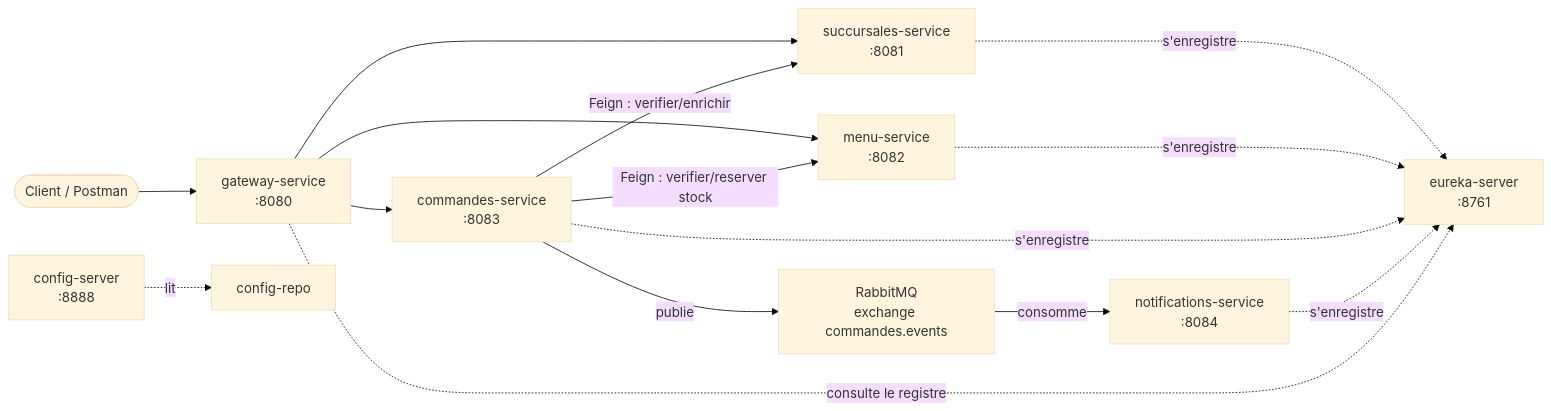
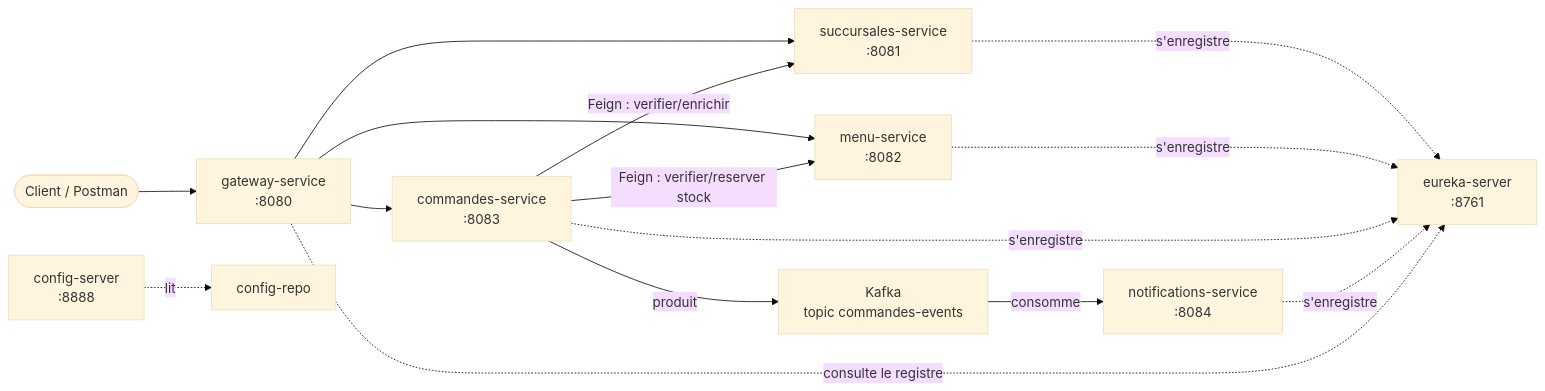
The third of 4 diagrams in README.md (Wvssim/restaurant-chain-platform), drawn with Mermaid (base theme) before and after one commit. The commit also changed other lines of this file and 10 other files, not shown here.

First line of the commit message:
Migration du canal evenementiel RabbitMQ -> Kafka

````diff
--- a/README.md
+++ b/README.md
@@ -139,17 +139,17 @@
 ```mermaid
 flowchart LR
     Client(["Client / Postman"]) --> GW["gateway-service<br/>:8080"]
     GW --> A["succursales-service<br/>:8081"]
     GW --> B["menu-service<br/>:8082"]
     GW --> C["commandes-service<br/>:8083"]
     C -- "Feign : verifier/enrichir" --> A
     C -- "Feign : verifier/reserver stock" --> B
-    C -- publie --> MQ["RabbitMQ<br/>exchange commandes.events"]
+    C -- produit --> MQ["Kafka<br/>topic commandes-events"]
     MQ -- consomme --> N["notifications-service<br/>:8084"]
     A -. s'enregistre .-> EU["eureka-server<br/>:8761"]
     B -. s'enregistre .-> EU
     C -. s'enregistre .-> EU
     N -. s'enregistre .-> EU
     GW -. consulte le registre .-> EU
     CS["config-server<br/>:8888"] -. lit .-> CR["config-repo"]
 ```
````
